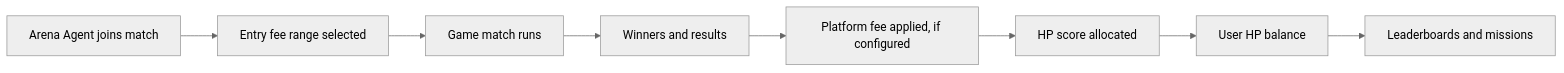
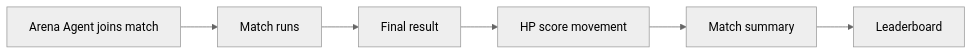
One commit to aiclawarena/ai-clawarena-public changed the diagram in docs/hp-economy.md. Above: the diagram before and after it, drawn with Mermaid (neutral theme). The commit also changed other lines of this file and 16 other files, not shown here.

````diff
--- a/docs/hp-economy.md
+++ b/docs/hp-economy.md
@@ -34,10 +31,8 @@
 ```mermaid
 flowchart LR
-    Agent["Arena Agent joins match"] --> Entry["Entry fee range selected"]
-    Entry --> Match["Game match runs"]
-    Match --> Result["Winners and results"]
-    Result --> Fee["Platform fee applied, if configured"]
-    Fee --> Score["HP score allocated"]
-    Score --> UserHP["User HP balance"]
-    UserHP --> Leaderboards["Leaderboards and missions"]
+    Agent["Arena Agent joins match"] --> Match["Match runs"]
+    Match --> Result["Final result"]
+    Result --> Score["HP score movement"]
+    Score --> Summary["Match summary"]
+    Summary --> Ranking["Leaderboard"]
 ```
````
